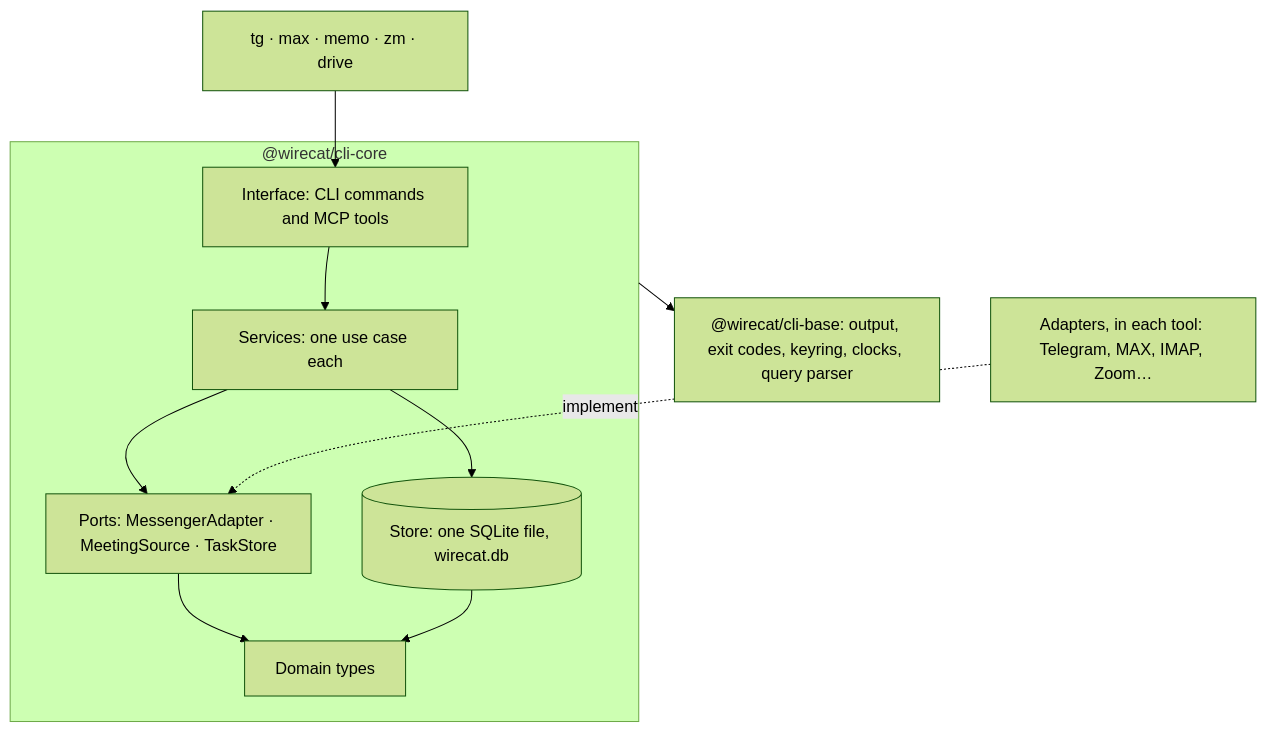
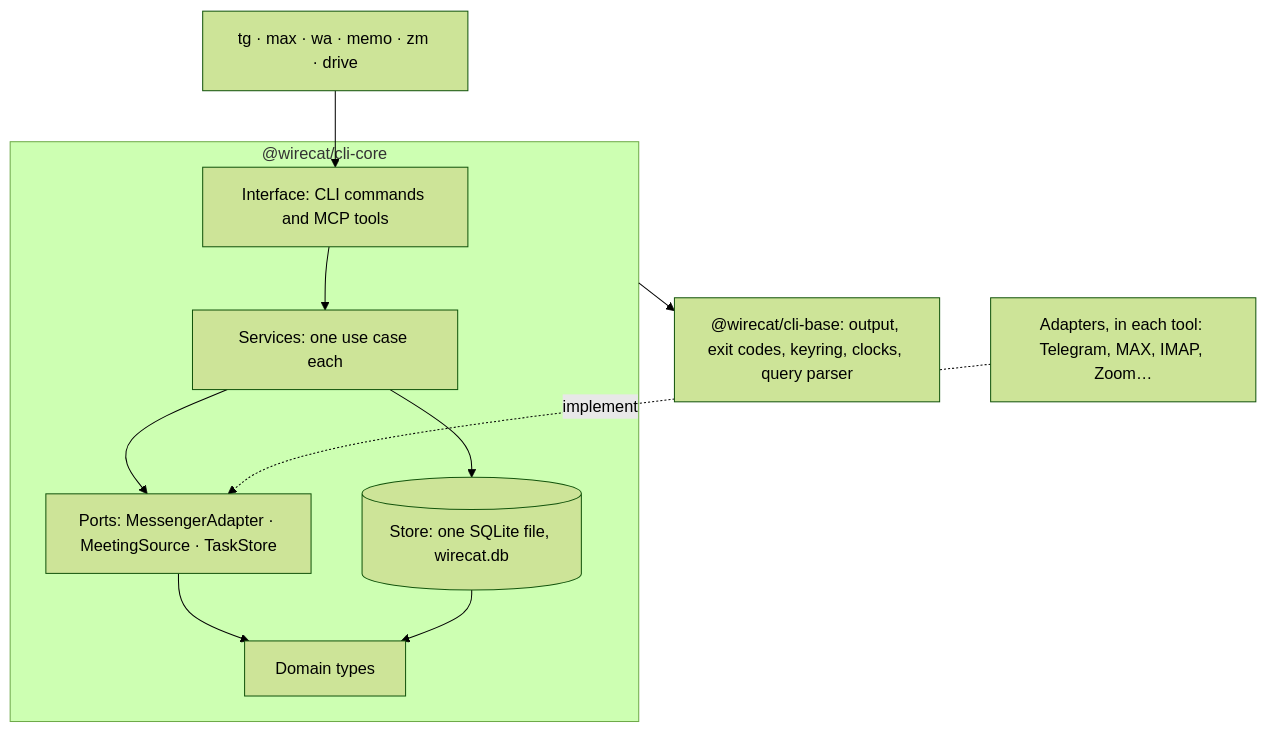
The diagram in README.md (WireCatLabs/cli-core), drawn with Mermaid (forest theme) before and after one commit. The commit also changed other lines of this file and 7 other files, not shown here.

````diff
--- a/README.md
+++ b/README.md
@@ -74,13 +75,13 @@
 ```mermaid
 flowchart TB
-  tools["tg · max · memo · zm · drive"] --> interface
+  tools["tg · max · wa · memo · zm · drive"] --> interface
   subgraph core ["@wirecat/cli-core"]
     interface["Interface: CLI commands and MCP tools"] --> services["Services: one use case each"]
     services --> ports["Ports: MessengerAdapter · MeetingSource · TaskStore"]
     services --> store[("Store: one SQLite file, wirecat.db")]
     ports --> domain["Domain types"]
     store --> domain
   end
   adapters["Adapters, in each tool: Telegram, MAX, IMAP, Zoom…"] -. implement .-> ports
   core --> base["@wirecat/cli-base: output, exit codes, keyring, clocks, query parser"]
 ```
````
